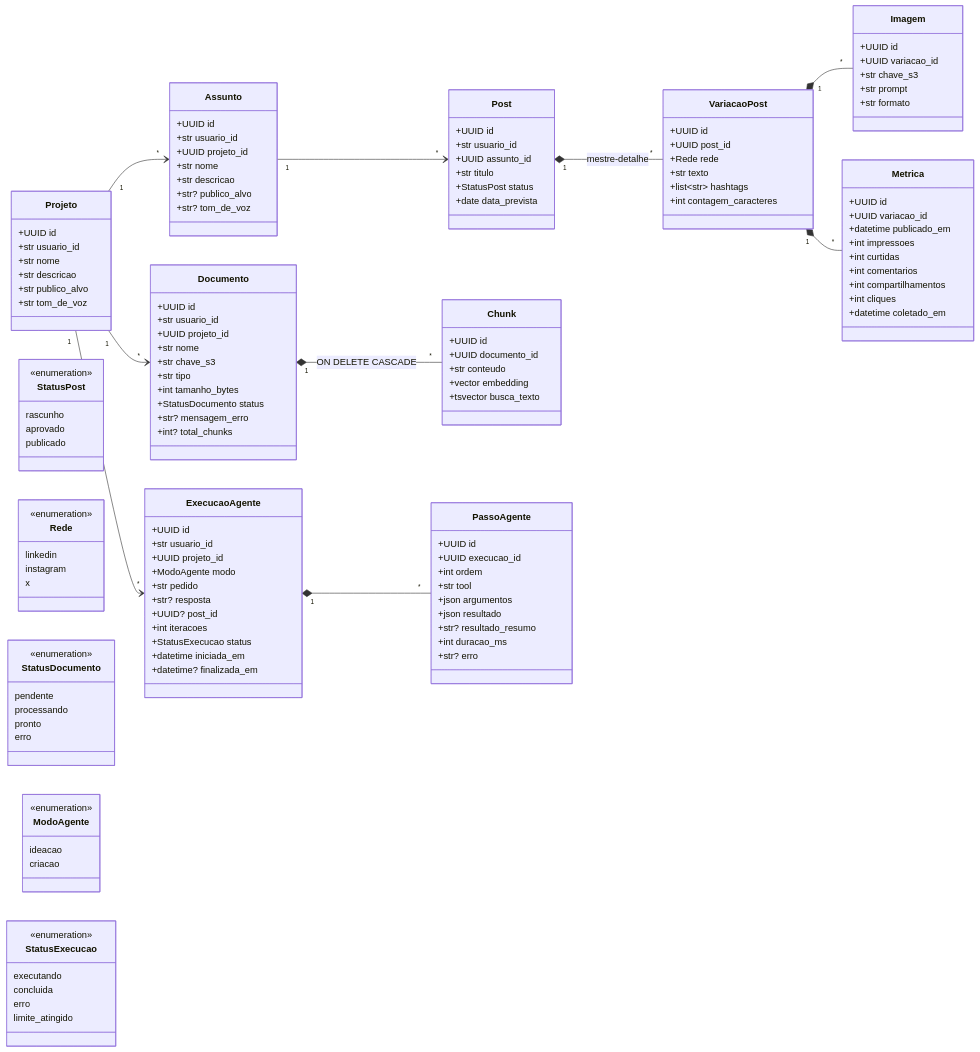
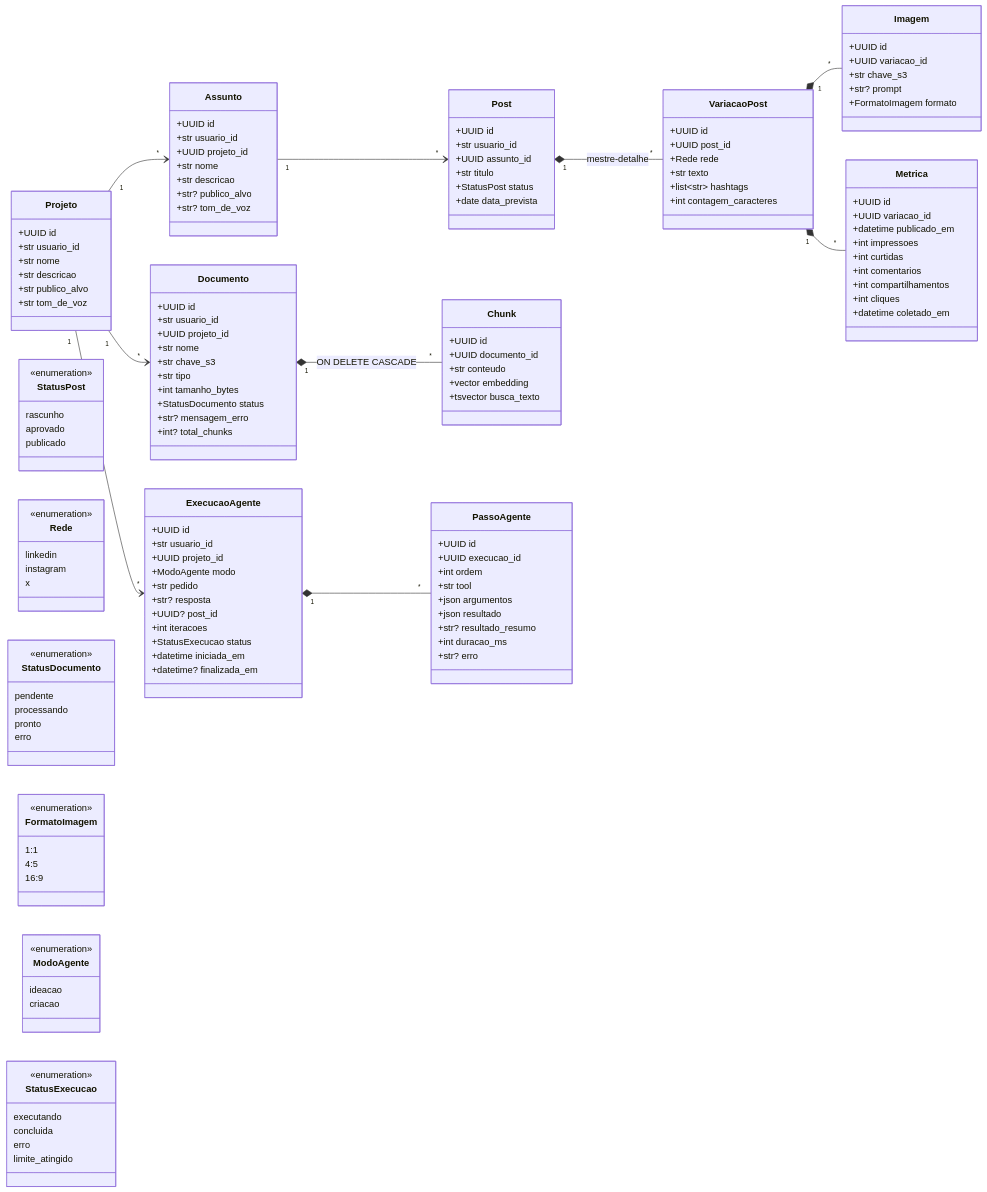
The diagram in docs/modelo-de-dados.md (JonasRocha189/tcc-puc-post-generator-ai), drawn with Mermaid before and after one commit. The commit also changed other lines of this file and 36 other files, not shown here.

```diff
--- a/docs/modelo-de-dados.md
+++ b/docs/modelo-de-dados.md
@@ -53,8 +53,8 @@
         +UUID id
         +UUID variacao_id
         +str chave_s3
-        +str prompt
-        +str formato
+        +str? prompt
+        +FormatoImagem formato
     }
 
     class Metrica {
@@ -138,6 +138,13 @@
         erro
     }
 
+    class FormatoImagem {
+        <<enumeration>>
+        1:1
+        4:5
+        16:9
+    }
+
     class ModoAgente {
         <<enumeration>>
         ideacao
```
